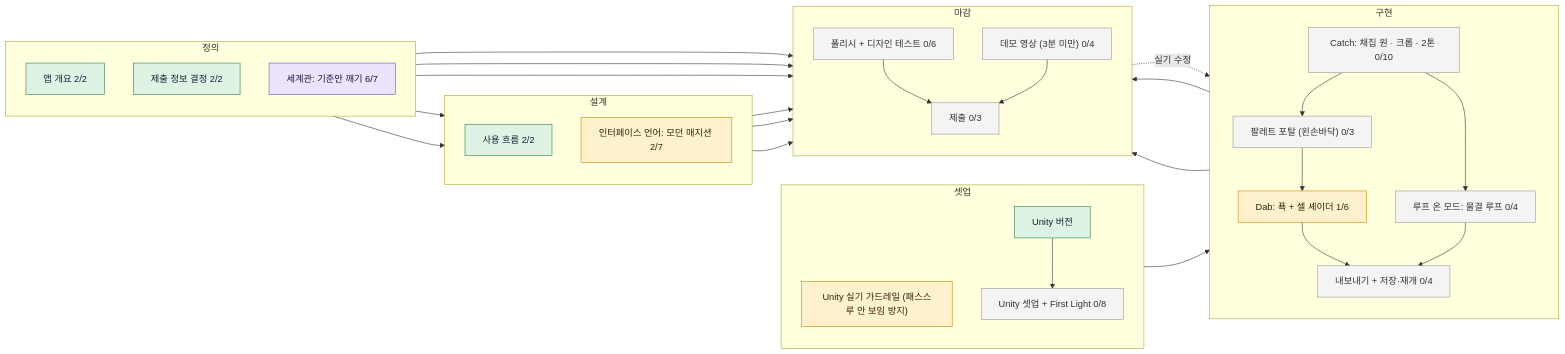
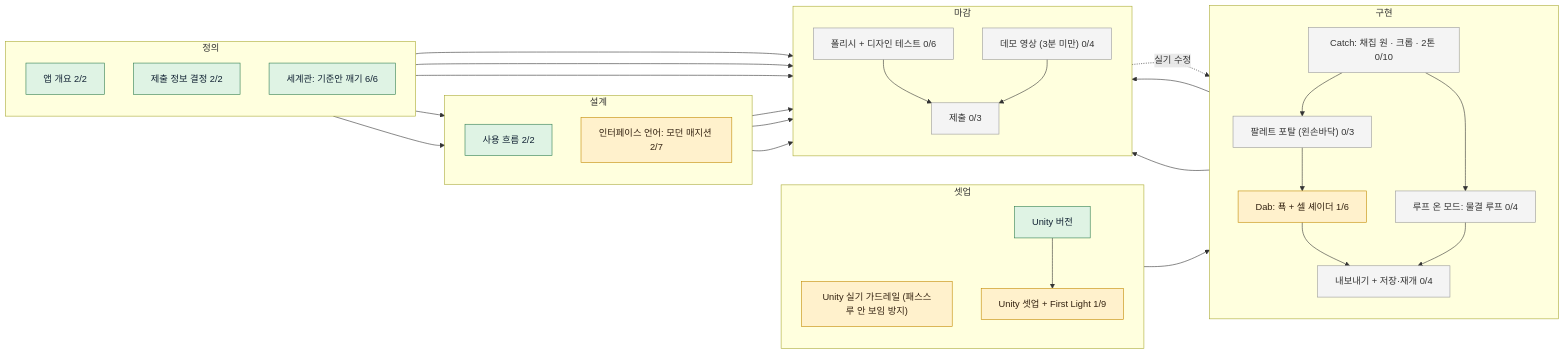
The diagram in board/BOARD.md (reality404studio/meta-mr-picker), drawn with Mermaid before and after one commit. The commit also changed other lines of this file and 10 other files, not shown here.

````diff
--- a/board/BOARD.md
+++ b/board/BOARD.md
@@ -19,59 +19,59 @@
 ```mermaid
 flowchart LR
   subgraph s_define["정의"]
     direction TB
     brief["앱 개요 2/2"]:::done
     submit_meta["제출 정보 결정 2/2"]:::done
-    world["세계관: 기준안 깨기 6/7"]:::review
+    world["세계관: 기준안 깨기 6/6"]:::done
   end
   subgraph s_design["설계"]
     direction TB
     usage_flow["사용 흐름 2/2"]:::done
     interface["인터페이스 언어: 모던 매지션 2/7"]:::doing
   end
   subgraph s_prototype["셋업"]
     direction TB
     use_unity_guardrails["Unity 실기 가드레일 (패스스루 안 보임 방지)"]:::doing
     use_unity_version["Unity 버전"]:::done
-    setup["Unity 셋업 + First Light 0/8"]:::todo
+    setup["Unity 셋업 + First Light 1/9"]:::doing
   end
   subgraph s_build["구현"]
     direction TB
     catch["Catch: 채집 원 · 크롭 · 2톤 0/10"]:::todo
     loop["루프 온 모드: 물결 루프 0/4"]:::todo
     portal["팔레트 포탈 (왼손바닥) 0/3"]:::todo
     dab["Dab: 푝 + 셀 셰이더 1/6"]:::doing
     export["내보내기 + 저장·재개 0/4"]:::todo
   end
   subgraph s_review["마감"]
     direction TB
     polish["폴리시 + 디자인 테스트 0/6"]:::todo
     demo_video["데모 영상 (3분 미만) 0/4"]:::todo
     submit["제출 0/3"]:::todo
   end
   brief --> usage_flow
   use_unity_version --> setup
   setup --> catch
   catch --> loop
   catch --> portal
   portal --> dab
   dab --> export
   loop --> export
   export --> polish
   usage_flow --> polish
   catch --> demo_video
   polish --> submit
   demo_video --> submit
   submit_meta --> submit
   polish -.->|실기 수정| dab
   world --> demo_video
   world --> polish
   world --> interface
   interface --> polish
   interface --> demo_video
   classDef done fill:#dff3e4,stroke:#2e7d4f,color:#123
   classDef doing fill:#fff1cc,stroke:#c28a00,color:#321
   classDef review fill:#ece4ff,stroke:#6a4fc2,color:#213
   classDef todo fill:#f4f4f4,stroke:#999,color:#333
   classDef blocked fill:#ffdede,stroke:#c22,color:#311
 ```
````
